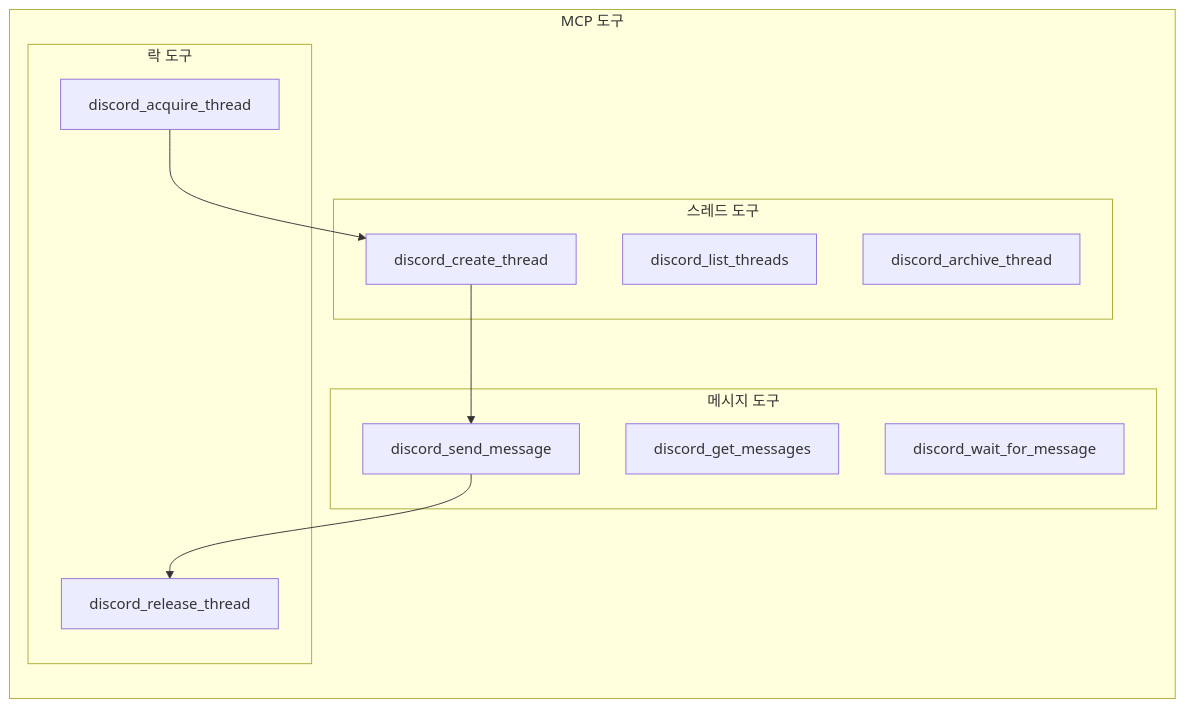
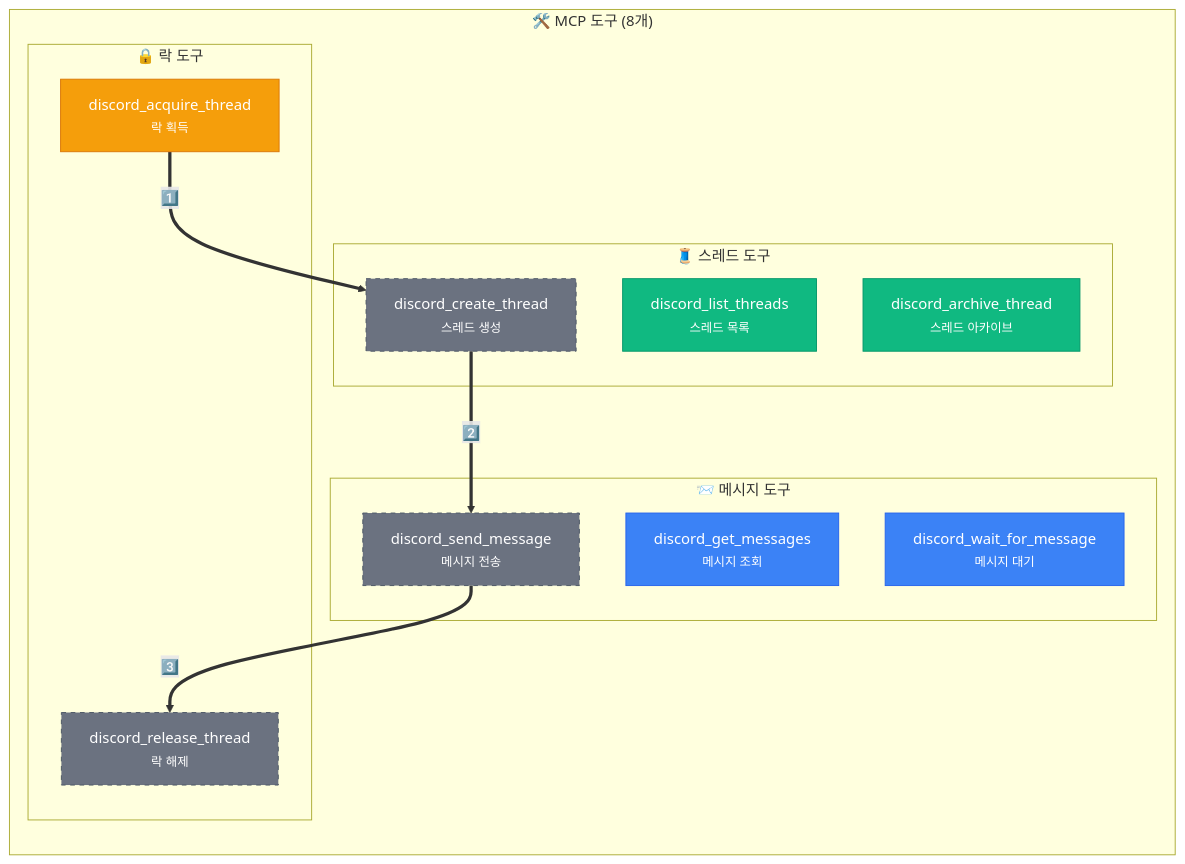
Before and after one commit to yarang/blogs: the sixth of 8 diagrams in content/ko/post/2026-03-01-013-discord-gateway-mcp-아키텍처-설계.md, drawn with Mermaid. The commit also changed other lines of this file and 4 other files, not shown here.

First line of the commit message:
Upgrade Mermaid diagrams with enhanced styling

````diff
--- a/content/ko/post/2026-03-01-013-discord-gateway-mcp-아키텍처-설계.md
+++ b/content/ko/post/2026-03-01-013-discord-gateway-mcp-아키텍처-설계.md
@@ -300,27 +346,33 @@
 ```mermaid
 flowchart TB
-    subgraph Tools["MCP 도구"]
+    %% 스타일 정의
+    classDef message fill:#3B82F6,stroke:#2563EB,color:#fff
+    classDef thread fill:#10B981,stroke:#059669,color:#fff
+    classDef lock fill:#F59E0B,stroke:#D97706,color:#fff
+    classDef flow fill:#6B7280,stroke:#4B5563,color:#fff,stroke-dasharray: 5 5
+
+    subgraph Tools["🛠️ MCP 도구 (8개)"]
         direction TB
 
-        subgraph Message["메시지 도구"]
-            Send[discord_send_message]
-            Get[discord_get_messages]
-            Wait[discord_wait_for_message]
+        subgraph Message["📨 메시지 도구"]
+            Send["discord_send_message<br/><small>메시지 전송</small>"]:::message
+            Get["discord_get_messages<br/><small>메시지 조회</small>"]:::message
+            Wait["discord_wait_for_message<br/><small>메시지 대기</small>"]:::message
         end
 
-        subgraph Thread["스레드 도구"]
-            Create[discord_create_thread]
-            List[discord_list_threads]
-            Archive[discord_archive_thread]
+        subgraph Thread["🧵 스레드 도구"]
+            Create["discord_create_thread<br/><small>스레드 생성</small>"]:::thread
+            List["discord_list_threads<br/><small>스레드 목록</small>"]:::thread
+            Archive["discord_archive_thread<br/><small>스레드 아카이브</small>"]:::thread
         end
 
-        subgraph Lock["락 도구"]
-            Acquire[discord_acquire_thread]
-            Release[discord_release_thread]
+        subgraph Lock["🔒 락 도구"]
+            Acquire["discord_acquire_thread<br/><small>락 획득</small>"]:::lock
+            Release["discord_release_thread<br/><small>락 해제</small>"]:::lock
         end
     end
 
-    Acquire --> Create
-    Create --> Send
-    Send --> Release
+    Acquire ==>|"1️⃣"| Create:::flow
+    Create ==>|"2️⃣"| Send:::flow
+    Send ==>|"3️⃣"| Release:::flow
 ```
````
